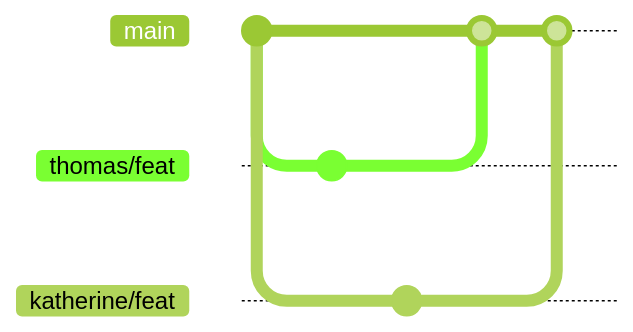
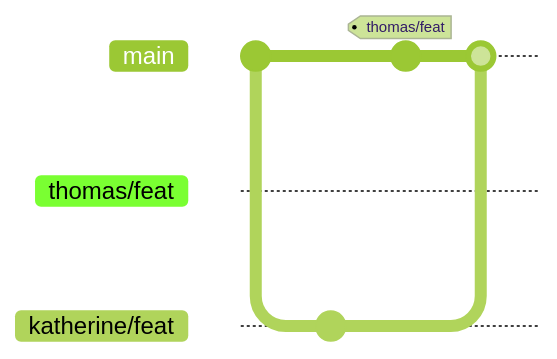
One commit to lizsalmon/iCSC-Git-talk changed diagram 16 of 25 in slides.md. Above: the diagram before and after it, drawn with Mermaid (forest theme). The commit also changed other lines of this file and 1 other file, not shown here. Commit ids are hidden.

````diff
--- a/slides.md
+++ b/slides.md
@@ -960,14 +982,13 @@
 ```mermaid
 gitGraph
   commit
   branch thomas/feat
   branch katherine/feat
-  checkout thomas/feat
-  commit
   checkout katherine/feat
   commit
-  checkout main 
-  merge thomas/feat
+  checkout main
+  commit tag: "thomas/feat"
   checkout main 
   merge katherine/feat
+  
 ```
````
